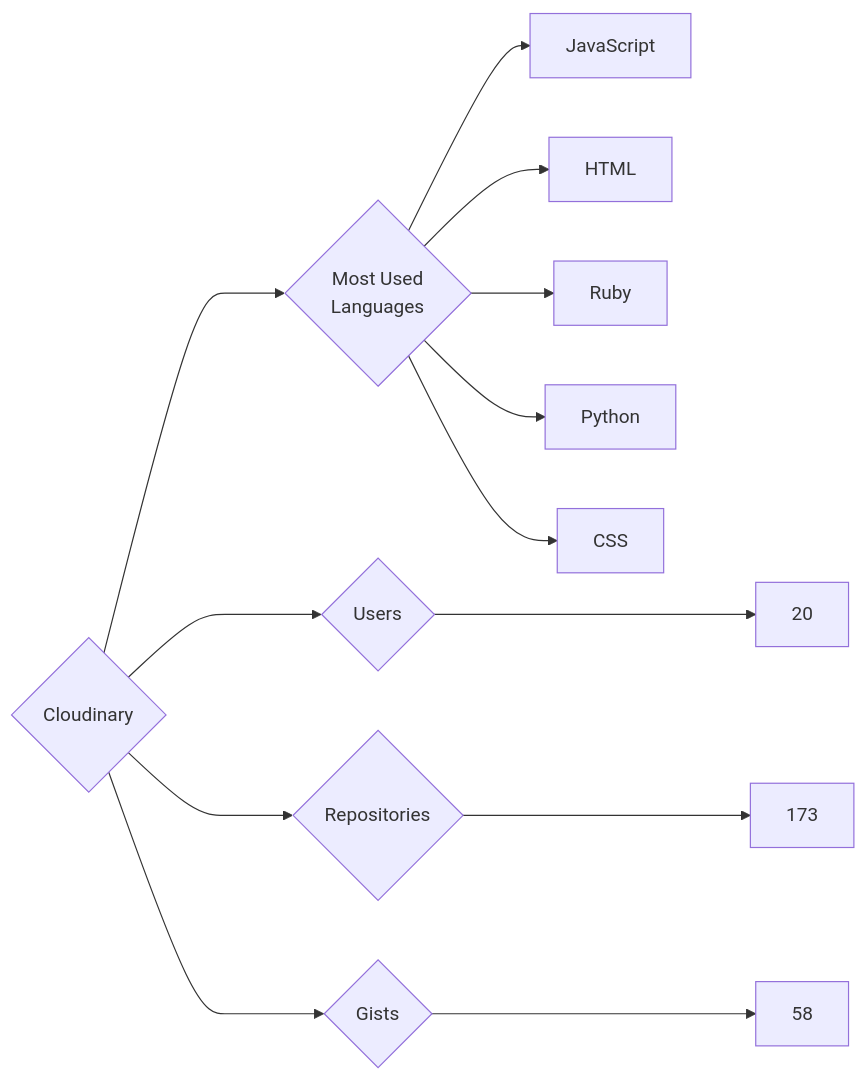
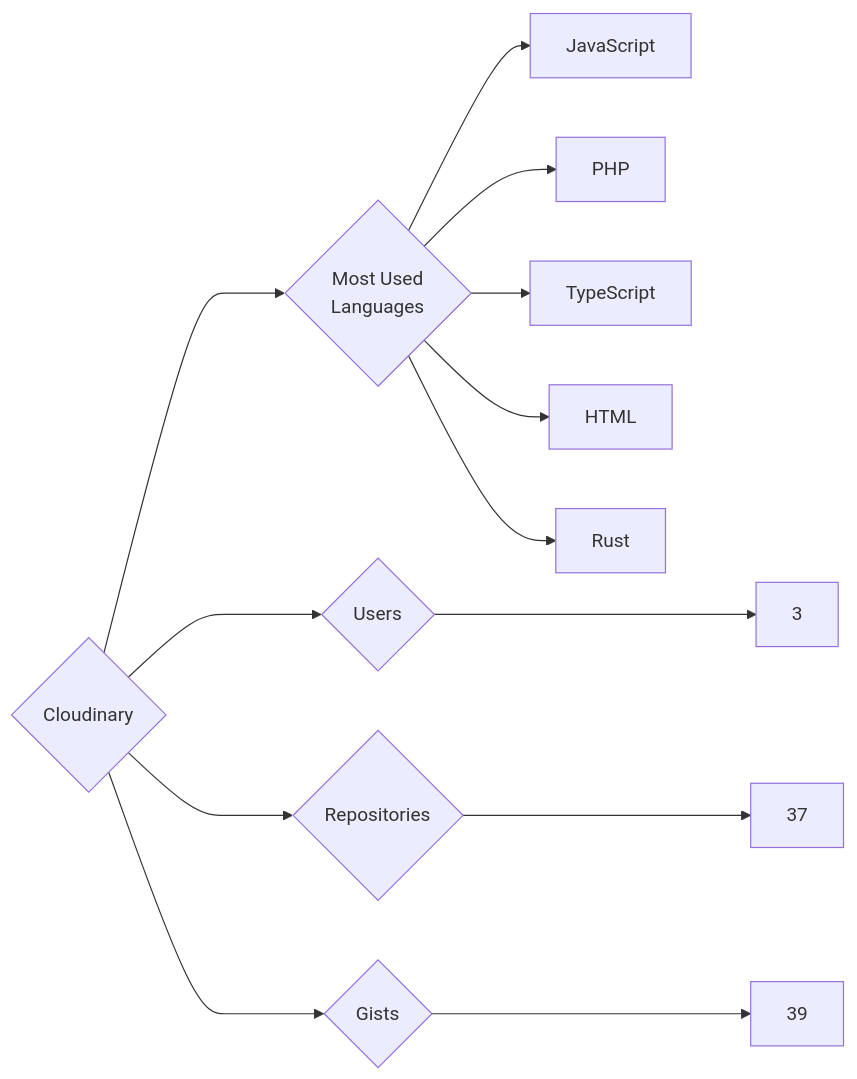
One commit to trickest/insiders changed the diagram in targets/Cloudinary/README.md. Above: the diagram before and after it, drawn with Mermaid. The commit also changed 545 other files, not shown here.

````diff
--- a/targets/Cloudinary/README.md
+++ b/targets/Cloudinary/README.md
@@ -3,13 +3,13 @@
 ```mermaid
 graph LR
 COMPANY_NAME{Cloudinary}
-COMPANY_NAME ---> U{Users} ---> UN[20]
-COMPANY_NAME ---> R{Repositories} ---> RN[173]
-COMPANY_NAME ---> G{Gists} ---> GN[58]
+COMPANY_NAME ---> U{Users} ---> UN[3]
+COMPANY_NAME ---> R{Repositories} ---> RN[37]
+COMPANY_NAME ---> G{Gists} ---> GN[39]
 COMPANY_NAME ---> ML{Most Used<br>Languages}
 ML --> JavaScript[JavaScript]
+ML --> PHP[PHP]
+ML --> TypeScript[TypeScript]
 ML --> HTML[HTML]
-ML --> Ruby[Ruby]
-ML --> Python[Python]
-ML --> CSS[CSS]
+ML --> Rust[Rust]
 ```
````
